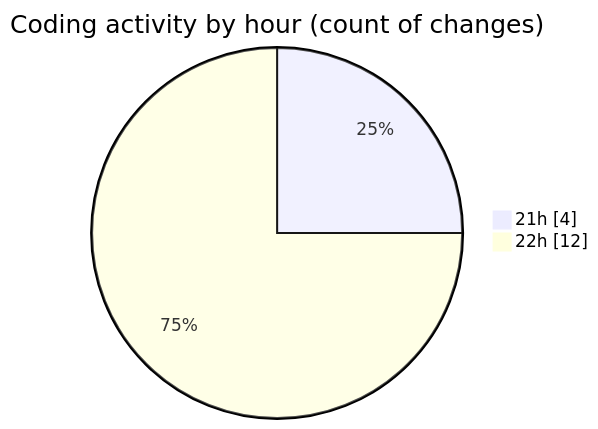
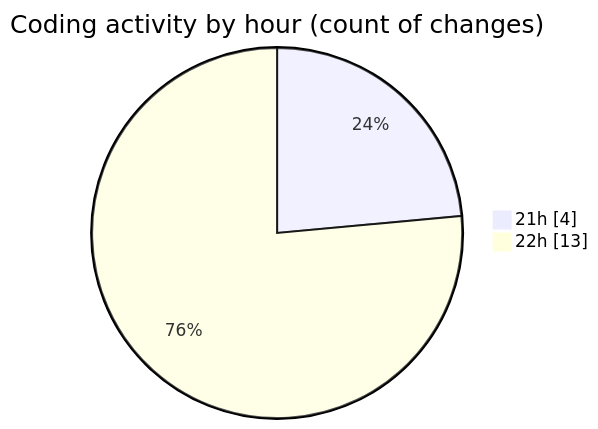
The second of 2 diagrams in 2025-06-17/studio-backend/README.md (idhammustaqopulfikri/code-tracking), drawn with Mermaid before and after one commit. The commit also changed other lines of this file and 1 other file, not shown here.

````diff
--- a/2025-06-17/studio-backend/README.md
+++ b/2025-06-17/studio-backend/README.md
@@ -31,6 +32,6 @@
 ```mermaid
 pie showData
 title Coding activity by hour (count of changes)
 "21h" : 4
-"22h" : 12
+"22h" : 13
 ```
````
